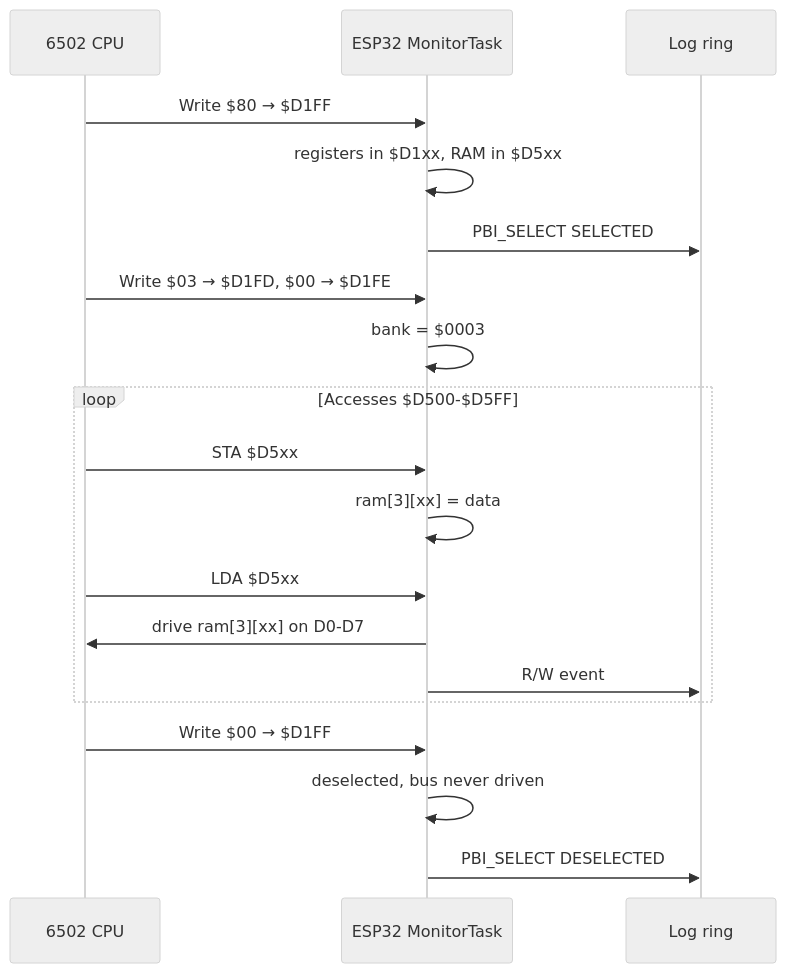
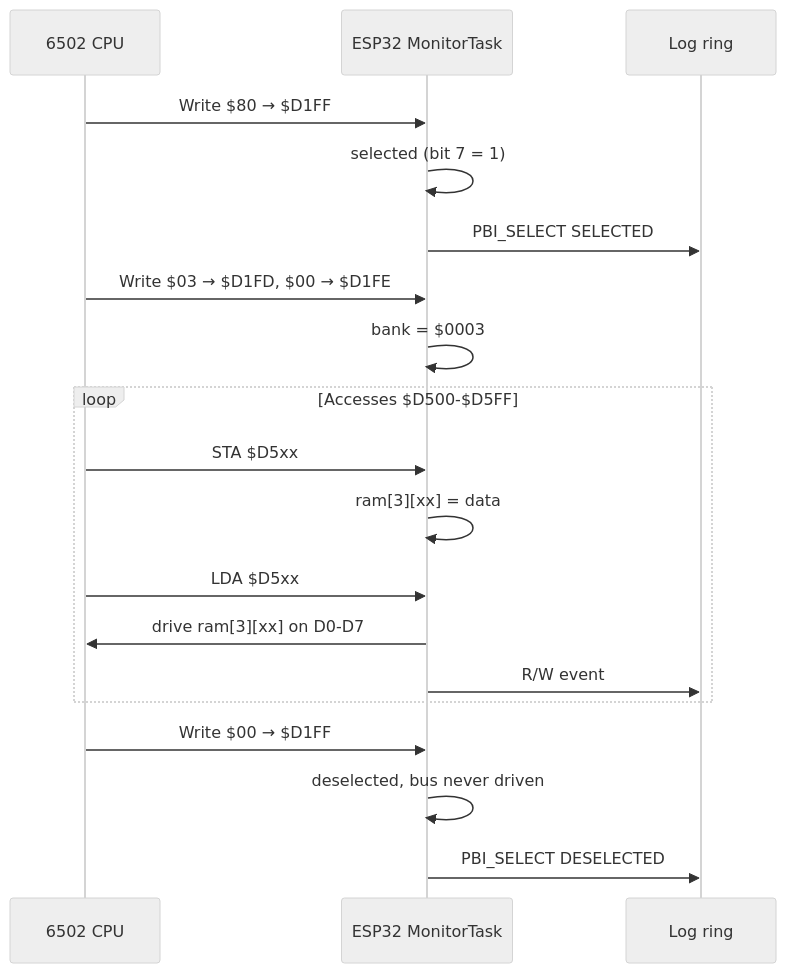
Before and after one commit to gianlucarenzi/ESP32-BOBOARD-5V: the second of 3 diagrams in README_EN.md, drawn with Mermaid (neutral theme). The commit also changed other lines of this file and 13 other files, not shown here.

First line of the commit message:
firmware(6502_monitor): Atari fixed roles, registers in $D1xx, 256-byte RAM window in $D5xx

````diff
--- a/README_EN.md
+++ b/README_EN.md
@@ -436,24 +426,24 @@
 ```mermaid
 sequenceDiagram
     participant CPU as 6502 CPU
     participant ESP as ESP32 MonitorTask
     participant L  as Log ring
 
     CPU->>ESP: Write $80 → $D1FF
-    ESP->>ESP: registers in $D1xx, RAM in $D5xx
+    ESP->>ESP: selected (bit 7 = 1)
     ESP->>L: PBI_SELECT SELECTED
 
     CPU->>ESP: Write $03 → $D1FD, $00 → $D1FE
     ESP->>ESP: bank = $0003
     loop Accesses $D500-$D5FF
         CPU->>ESP: STA $D5xx
         ESP->>ESP: ram[3][xx] = data
         CPU->>ESP: LDA $D5xx
         ESP->>CPU: drive ram[3][xx] on D0-D7
         ESP->>L: R/W event
     end
 
     CPU->>ESP: Write $00 → $D1FF
     ESP->>ESP: deselected, bus never driven
     ESP->>L: PBI_SELECT DESELECTED
 ```
````
